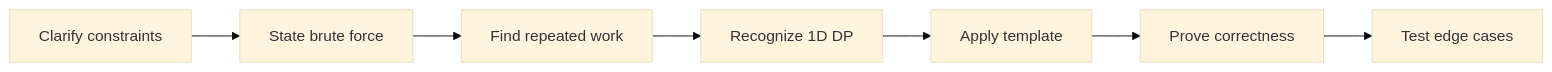
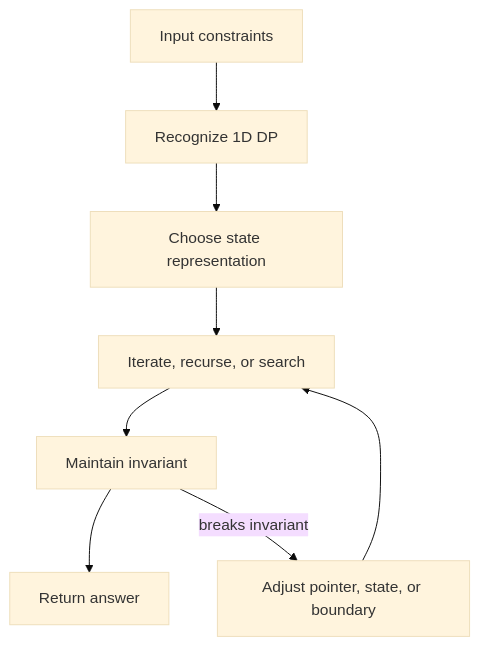
The second of 2 diagrams in coding-round/patterns/dynamic-programming-track/1d-dp/index.md (abstractinterviews/abstractinterviews.github.io), drawn with Mermaid (base theme) before and after one commit. The commit also changed other lines of this file and 278 other files, not shown here.

````diff
--- a/coding-round/patterns/dynamic-programming-track/1d-dp/index.md
+++ b/coding-round/patterns/dynamic-programming-track/1d-dp/index.md
@@ -123,9 +121,10 @@
-~~~mermaid
-flowchart LR
-    A["Clarify constraints"] --> B["State brute force"]
-    B --> C["Find repeated work"]
-    C --> D["Recognize 1D DP"]
-    D --> E["Apply template"]
-    E --> F["Prove correctness"]
-    F --> G["Test edge cases"]
-~~~
+```mermaid
+flowchart TD
+    Input["Input constraints"] --> Pattern["Recognize 1D DP"]
+    Pattern --> State["Choose state representation"]
+    State --> Iterate["Iterate, recurse, or search"]
+    Iterate --> Check["Maintain invariant"]
+    Check --> Result["Return answer"]
+    Check -->|breaks invariant| Fix["Adjust pointer, state, or boundary"]
+    Fix --> Iterate
+```
````
